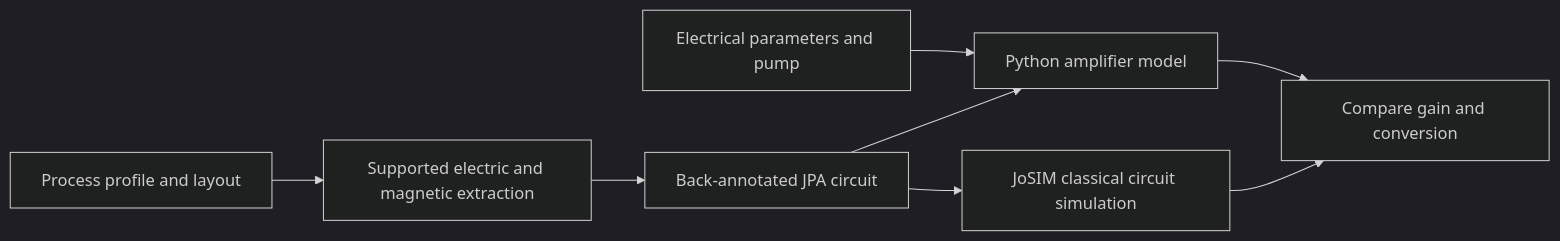
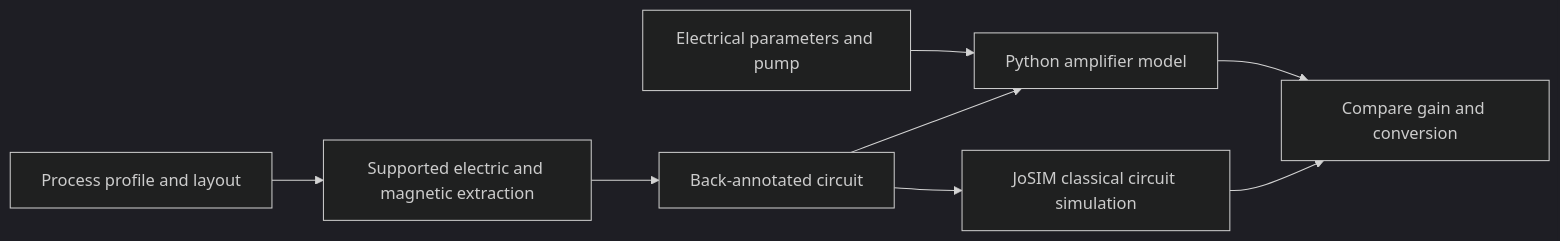
Before and after one commit to mandalsoumyajit/twpa-sim: the diagram in docs/physical-overview.md, drawn with Mermaid (dark theme). The commit also changed other lines of this file and 33 other files, not shown here.

````diff
--- a/docs/physical-overview.md
+++ b/docs/physical-overview.md
@@ -150,10 +154,10 @@
 ```mermaid
 flowchart LR
     A[Electrical parameters and pump] --> B[Python amplifier model]
     C[Process profile and layout] --> D[Supported electric and magnetic extraction]
-    D --> E[Back-annotated JPA circuit]
+    D --> E[Back-annotated circuit]
     E --> B
     E --> F[JoSIM classical circuit simulation]
     B --> G[Compare gain and conversion]
     F --> G
 ```
````
